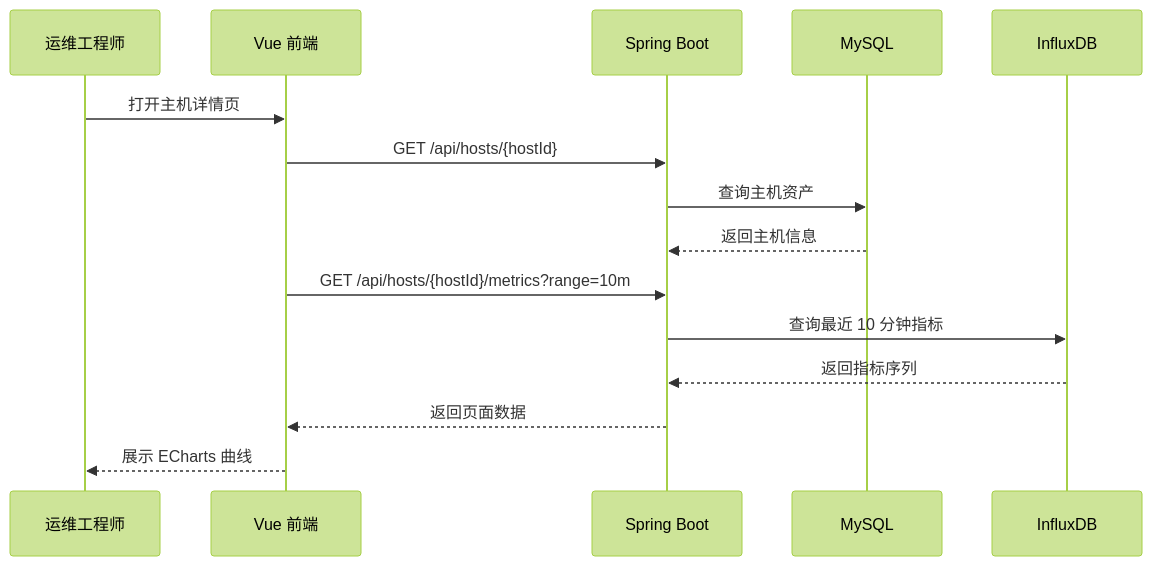
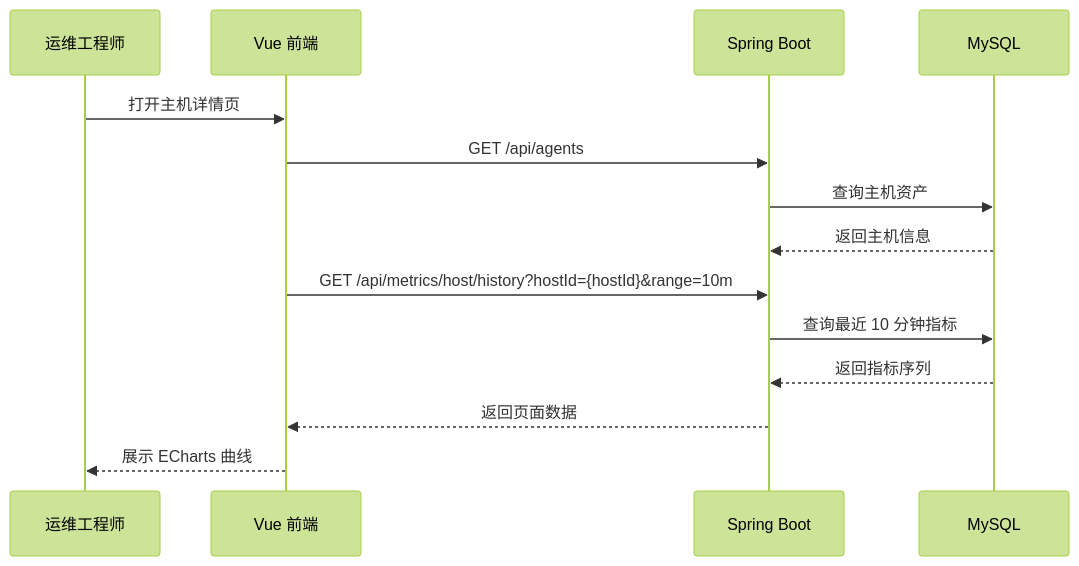
One commit to qixing1227/AegisMonitor changed the fifth of 6 diagrams in docs/AegisMonitor/08-概要设计说明书.md. Above: the diagram before and after it, drawn with Mermaid (forest theme). The commit also changed other lines of this file and 31 other files, not shown here.

Commit message:
feat(metrics): add persistent history charts

````diff
--- a/docs/AegisMonitor/08-概要设计说明书.md
+++ b/docs/AegisMonitor/08-概要设计说明书.md
@@ -197,18 +197,17 @@
 ```mermaid
 sequenceDiagram
     participant U as 运维工程师
     participant F as Vue 前端
     participant B as Spring Boot
     participant M as MySQL
-    participant I as InfluxDB
 
     U->>F: 打开主机详情页
-    F->>B: GET /api/hosts/{hostId}
+    F->>B: GET /api/agents
     B->>M: 查询主机资产
     M-->>B: 返回主机信息
-    F->>B: GET /api/hosts/{hostId}/metrics?range=10m
-    B->>I: 查询最近 10 分钟指标
-    I-->>B: 返回指标序列
+    F->>B: GET /api/metrics/host/history?hostId={hostId}&range=10m
+    B->>M: 查询最近 10 分钟指标
+    M-->>B: 返回指标序列
     B-->>F: 返回页面数据
     F-->>U: 展示 ECharts 曲线
 ```
````
